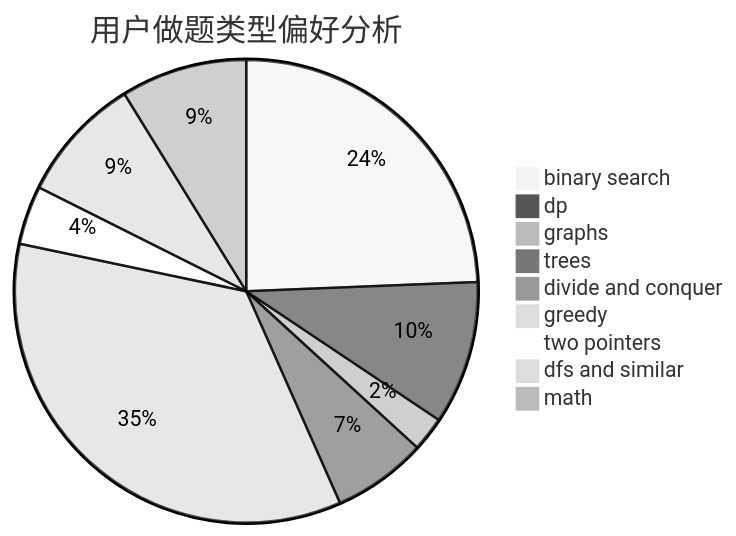
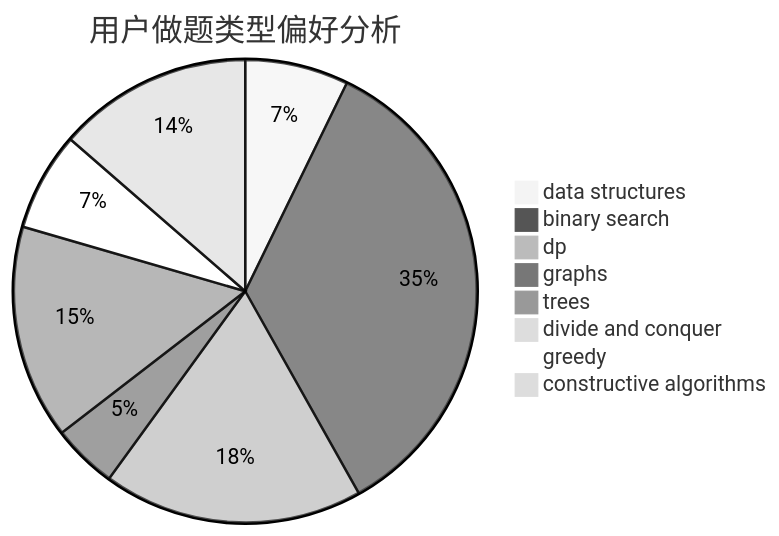
The second of 3 diagrams in docs/user/u2259.md (sherpahu/cfrs.github.io), drawn with Mermaid (neutral theme) before and after one commit. The commit also changed other lines of this file and 2775 other files, not shown here.

````diff
--- a/docs/user/u2259.md
+++ b/docs/user/u2259.md
@@ -23,12 +23,11 @@
 ```mermaid
 pie title 用户做题类型偏好分析
-    "binary search" :  404
-    "dp" :  166
-    "graphs" :  40
-    "trees" :  109
-    "divide and conquer" :  13
-    "greedy" :  579
-    "two pointers" :  68
-    "dfs and similar" :  146
-    "math" :  146
+    "data structures" :  43
+    "binary search" :  206
+    "dp" :  108
+    "graphs" :  27
+    "trees" :  89
+    "divide and conquer" :  0
+    "greedy" :  41
+    "constructive algorithms" :  81
 ```
````
